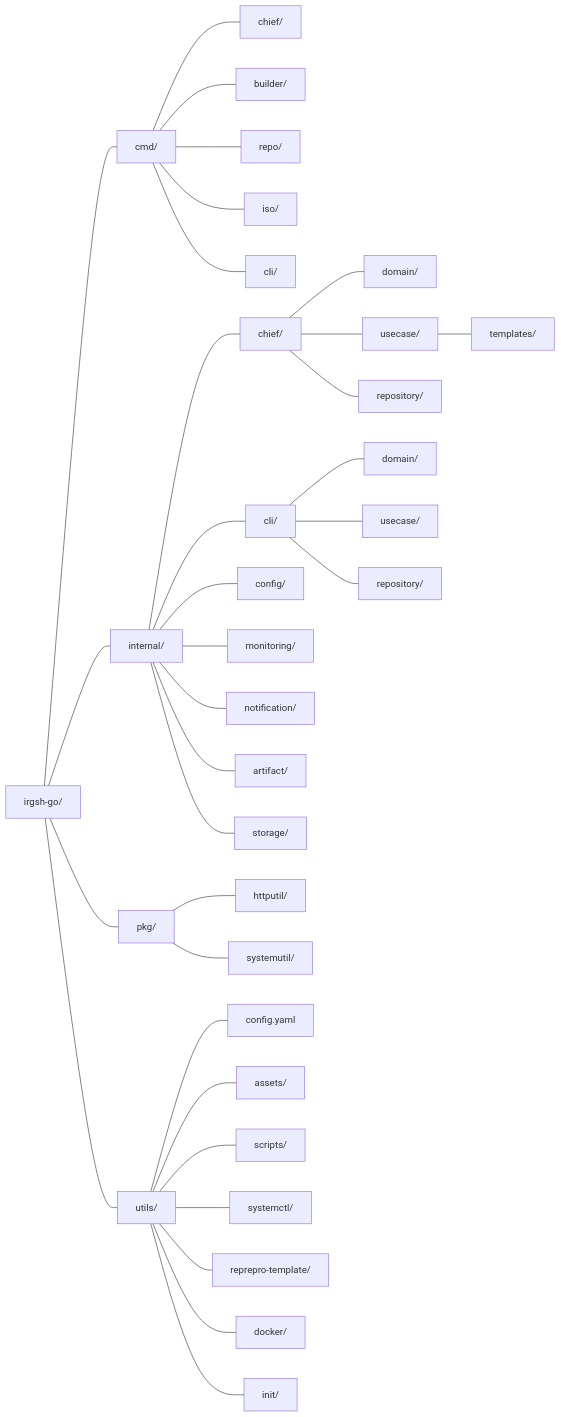
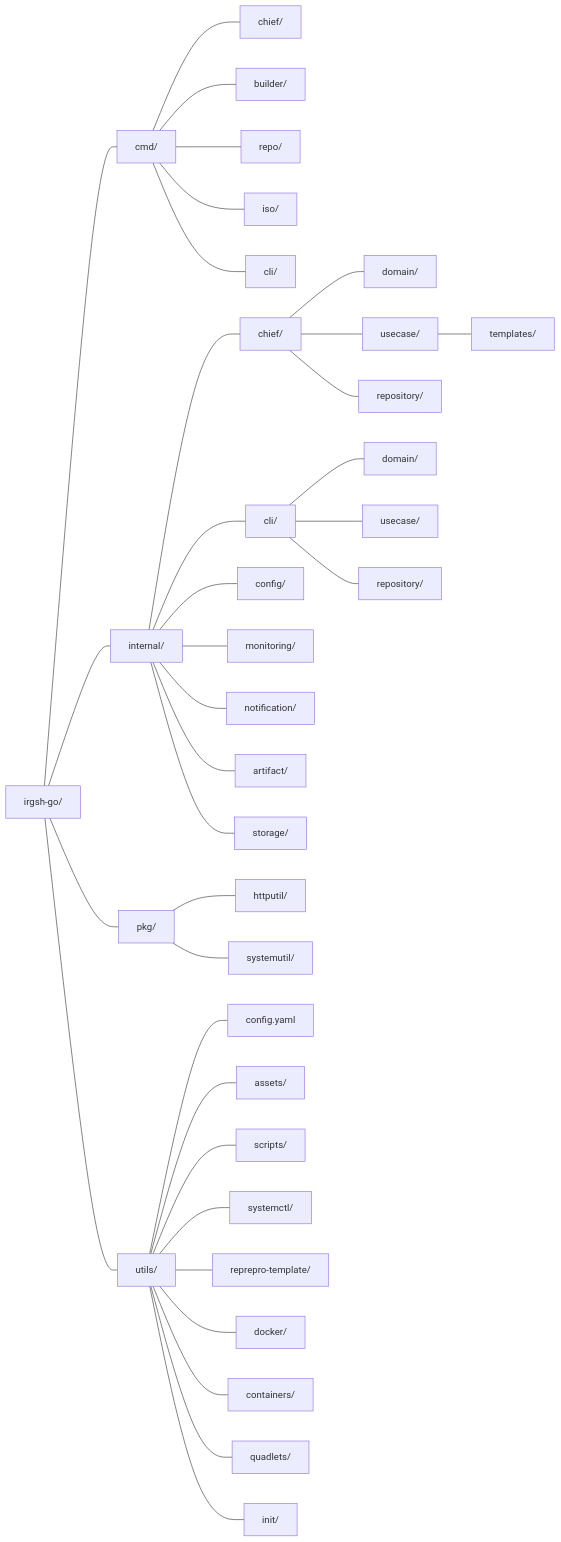
The second of 2 diagrams in AGENTS.md (BlankOn/irgsh-go), drawn with Mermaid before and after one commit. The commit also changed other lines of this file and 2 other files, not shown here.

Commit message:
docs: update AGENTS.md, README.md, HACKING.md to reflect packaging and container changes

````diff
--- a/AGENTS.md
+++ b/AGENTS.md
@@ -36,42 +36,44 @@
 ```mermaid
 graph LR
     root["irgsh-go/"] --- cmd["cmd/"]
     root --- internal["internal/"]
     root --- pkg["pkg/"]
     root --- utils["utils/"]
 
     cmd --- cmd_chief["chief/"]
     cmd --- cmd_builder["builder/"]
     cmd --- cmd_repo["repo/"]
     cmd --- cmd_iso["iso/"]
     cmd --- cmd_cli["cli/"]
 
     internal --- chief["chief/"]
     internal --- cli["cli/"]
     internal --- config["config/"]
     internal --- monitoring["monitoring/"]
     internal --- notification["notification/"]
     internal --- artifact["artifact/"]
     internal --- storage["storage/"]
 
     chief --- chief_domain["domain/"]
     chief --- chief_usecase["usecase/"]
     chief --- chief_repo["repository/"]
 
     chief_usecase --- chief_templates["templates/"]
 
     cli --- cli_domain["domain/"]
     cli --- cli_usecase["usecase/"]
     cli --- cli_repo["repository/"]
 
     pkg --- httputil["httputil/"]
     pkg --- systemutil["systemutil/"]
 
     utils --- config_yaml["config.yaml"]
     utils --- assets["assets/"]
     utils --- scripts["scripts/"]
     utils --- systemctl["systemctl/"]
     utils --- reprepro["reprepro-template/"]
     utils --- docker["docker/"]
+    utils --- containers["containers/"]
+    utils --- quadlets["quadlets/"]
     utils --- init_dir["init/"]
 ```
````
